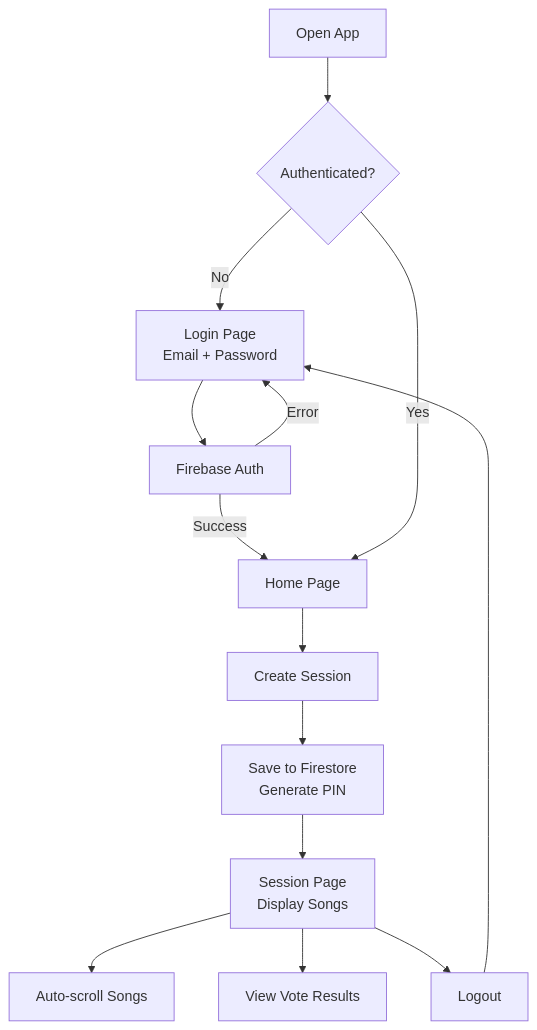
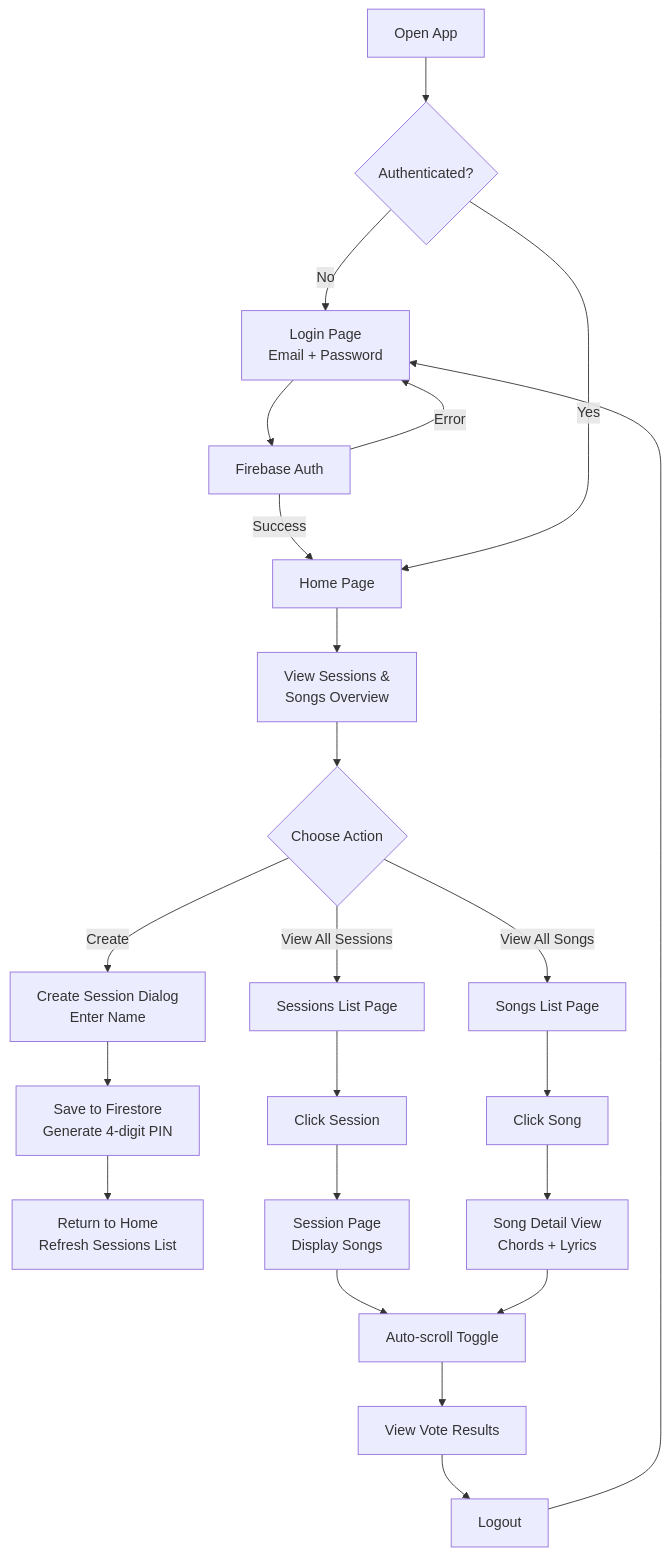
One commit to fMuchka/my-pisnicka2.0 changed the first of 5 diagrams in docs/user-flows.md. Above: the diagram before and after it, drawn with Mermaid. The commit also changed other lines of this file and 4 other files, not shown here.

````diff
--- a/docs/user-flows.md
+++ b/docs/user-flows.md
@@ -5,16 +5,25 @@
 ```mermaid
 flowchart TD
   START[Open App] --> AUTH{Authenticated?}
   AUTH -- No --> LOGIN[Login Page<br/>Email + Password]
   LOGIN --> FA[Firebase Auth]
   FA -- Success --> HOME[Home Page]
   FA -- Error --> LOGIN
   AUTH -- Yes --> HOME
-  HOME --> CREATE[Create Session]
-  CREATE --> FS[Save to Firestore<br/>Generate PIN]
-  FS --> SESSION[Session Page<br/>Display Songs]
-  SESSION --> SCROLL[Auto-scroll Songs]
-  SESSION --> VOTE[View Vote Results]
-  SESSION --> LOGOUT[Logout]
+  HOME --> OVERVIEW[View Sessions &<br/>Songs Overview]
+  OVERVIEW --> DEV_CHOOSE{Choose Action}
+  DEV_CHOOSE -- Create --> CREATE[Create Session Dialog<br/>Enter Name]
+  DEV_CHOOSE -- View All Sessions --> SESSLIST[Sessions List Page]
+  DEV_CHOOSE -- View All Songs --> SONGLIST[Songs List Page]
+  CREATE --> FSWRITE[Save to Firestore<br/>Generate 4-digit PIN]
+  FSWRITE --> SESSHOME[Return to Home<br/>Refresh Sessions List]
+  SESSLIST --> CLICK_SESS[Click Session]
+  CLICK_SESS --> SESSION[Session Page<br/>Display Songs]
+  SONGLIST --> CLICK_SONG[Click Song]
+  CLICK_SONG --> SONG[Song Detail View<br/>Chords + Lyrics]
+  SESSION --> SCROLL[Auto-scroll Toggle]
+  SONG --> SCROLL
+  SCROLL --> VOTE[View Vote Results]
+  VOTE --> LOGOUT[Logout]
   LOGOUT --> LOGIN
 ```
````
